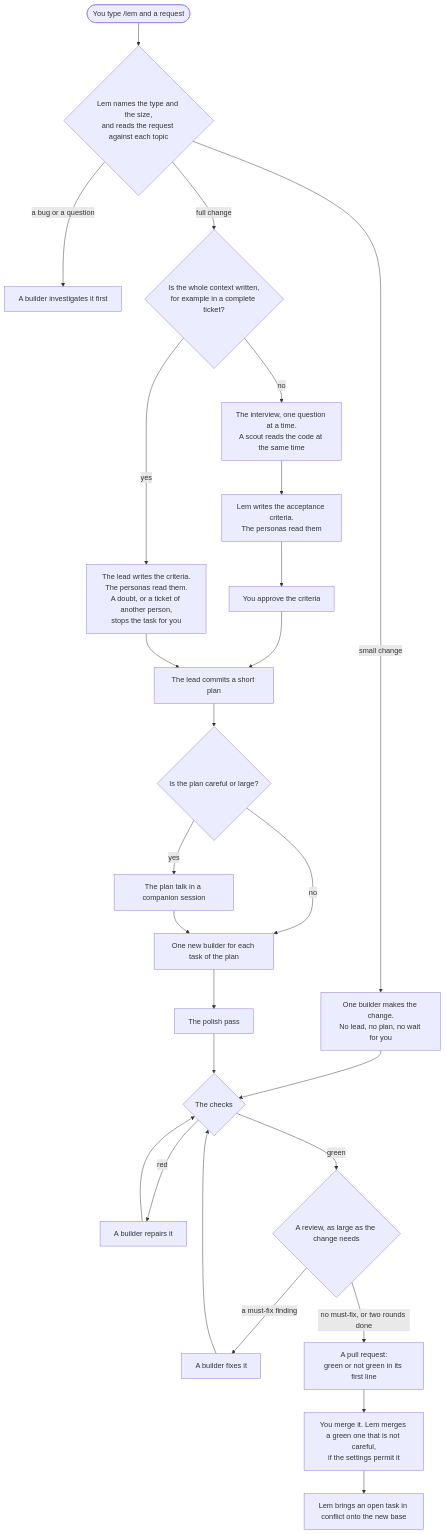
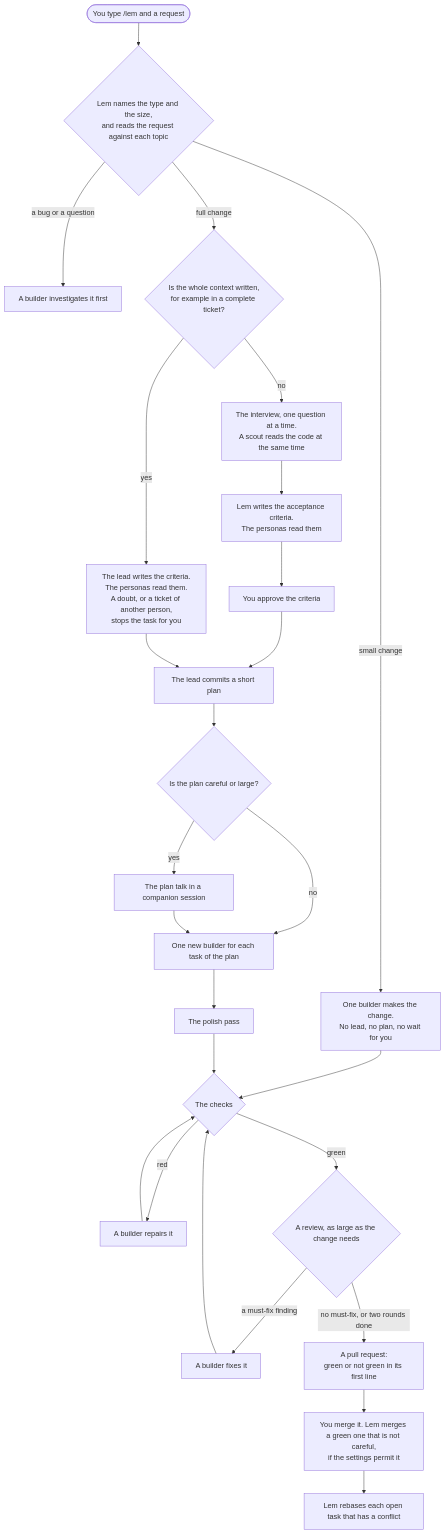
Before and after one commit to pySilver/lem: the first of 2 diagrams in docs/flow.md, drawn with Mermaid. The commit also changed other lines of this file and 6 other files, not shown here.

````diff
--- a/docs/flow.md
+++ b/docs/flow.md
@@ -7,26 +7,26 @@
 ```mermaid
 flowchart TD
     req([You type /lem and a request]) --> look{Lem names the type and the size,<br/>and reads the request against each topic}
     look -- a bug or a question --> inv[A builder investigates it first]
     look -- small change --> small[One builder makes the change.<br/>No lead, no plan, no wait for you]
     look -- full change --> ctx{Is the whole context written,<br/>for example in a complete ticket?}
     ctx -- no --> interview[The interview, one question at a time.<br/>A scout reads the code at the same time]
     interview --> crit[Lem writes the acceptance criteria.<br/>The personas read them]
     crit --> approve[You approve the criteria]
     ctx -- yes --> leadcrit[The lead writes the criteria.<br/>The personas read them.<br/>A doubt, or a ticket of another person,<br/>stops the task for you]
     approve --> plan[The lead commits a short plan]
     leadcrit --> plan
     plan --> big{Is the plan careful or large?}
     big -- no --> build[One new builder for each task of the plan]
     big -- yes --> talk[The plan talk in a companion session]
     talk --> build
     build --> polish[The polish pass]
     small --> checks
     polish --> checks{The checks}
     checks -- red --> repair[A builder repairs it] --> checks
     checks -- green --> review{A review, as large as the change needs}
     review -- a must-fix finding --> fix[A builder fixes it] --> checks
     review -- no must-fix, or two rounds done --> pr[A pull request:<br/>green or not green in its first line]
     pr --> merge[You merge it. Lem merges a green one that is not careful,<br/>if the settings permit it]
-    merge --> after[Lem brings an open task in conflict onto the new base]
+    merge --> after[Lem rebases each open task that has a conflict]
 ```
````
